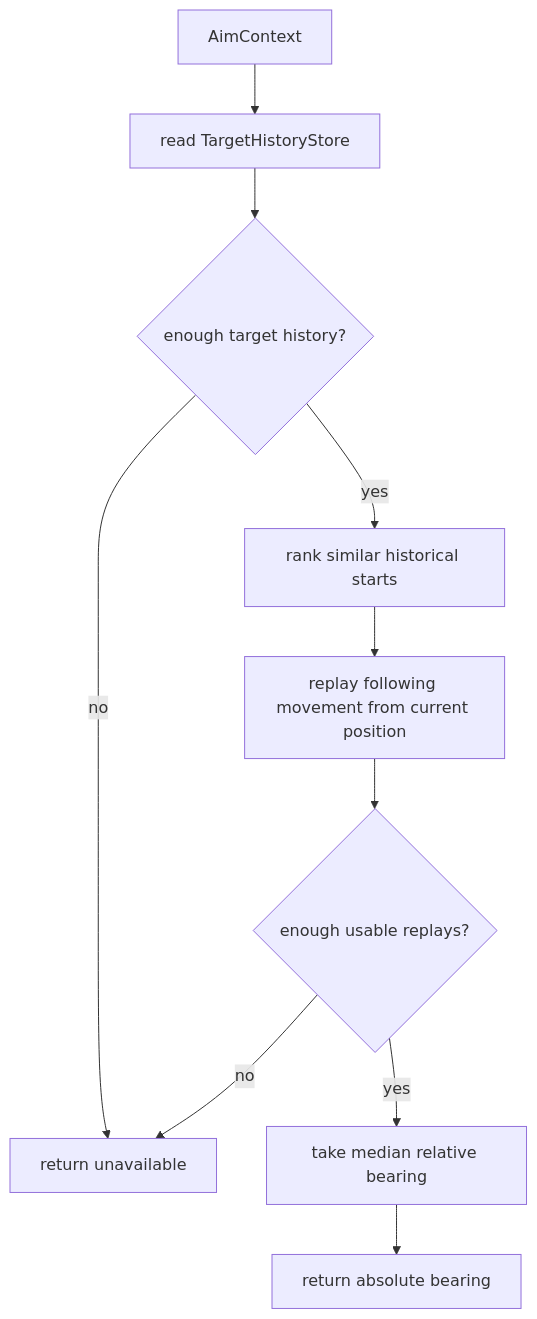
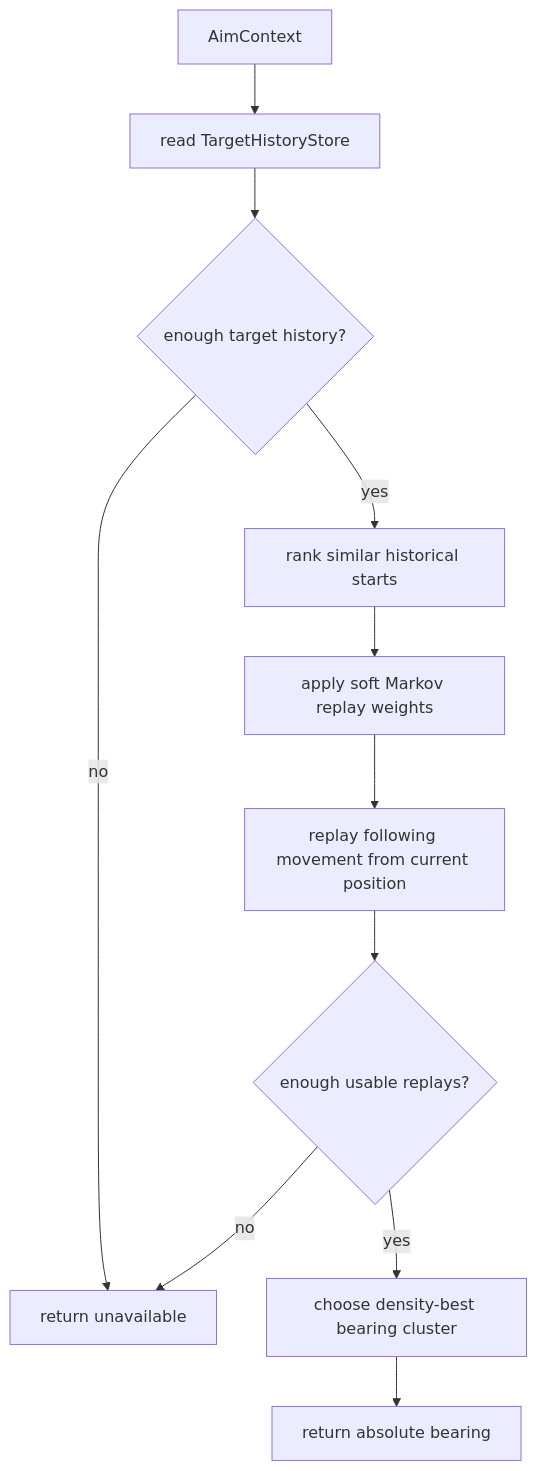
One commit to fduch-stranger/robocode-bot changed the diagram in bots/bot_core/gun/guns/displacement/README.md. Above: the diagram before and after it, drawn with Mermaid. The commit also changed other lines of this file and 14 other files, not shown here.

````diff
--- a/bots/bot_core/gun/guns/displacement/README.md
+++ b/bots/bot_core/gun/guns/displacement/README.md
@@ -36,12 +45,13 @@
 ```mermaid
 flowchart TD
     A["AimContext"] --> B["read TargetHistoryStore"]
     B --> C{"enough target history?"}
     C -- "no" --> D["return unavailable"]
     C -- "yes" --> E["rank similar historical starts"]
-    E --> F["replay following movement from current position"]
-    F --> G{"enough usable replays?"}
-    G -- "no" --> D
-    G -- "yes" --> H["take median relative bearing"]
-    H --> I["return absolute bearing"]
+    E --> F["apply soft Markov replay weights"]
+    F --> G["replay following movement from current position"]
+    G --> H{"enough usable replays?"}
+    H -- "no" --> D
+    H -- "yes" --> I["choose density-best bearing cluster"]
+    I --> J["return absolute bearing"]
 ```
````
